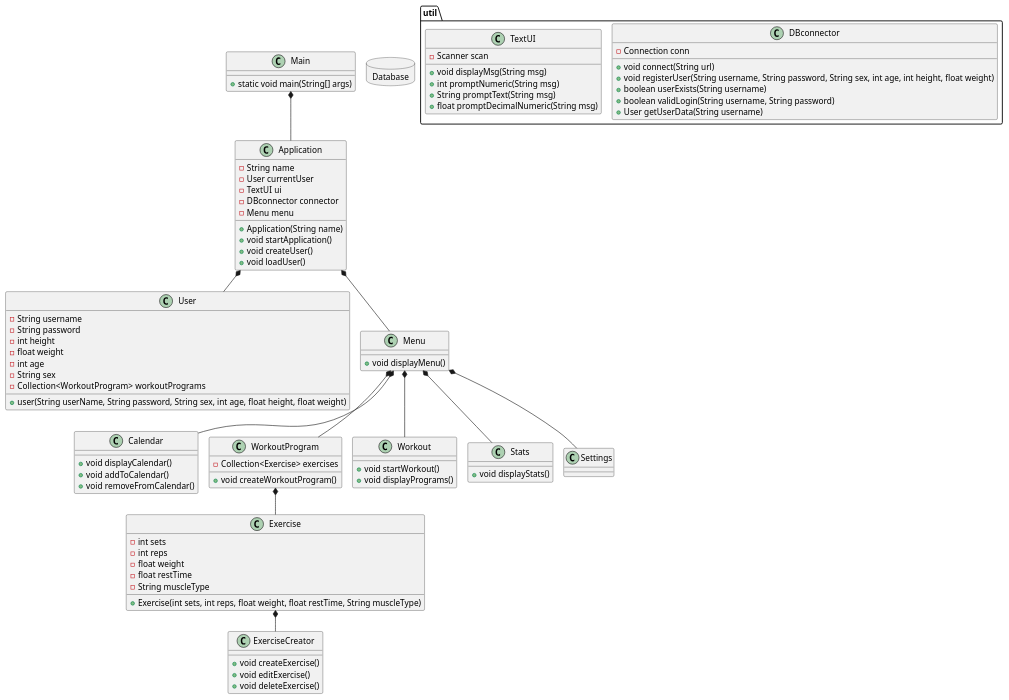
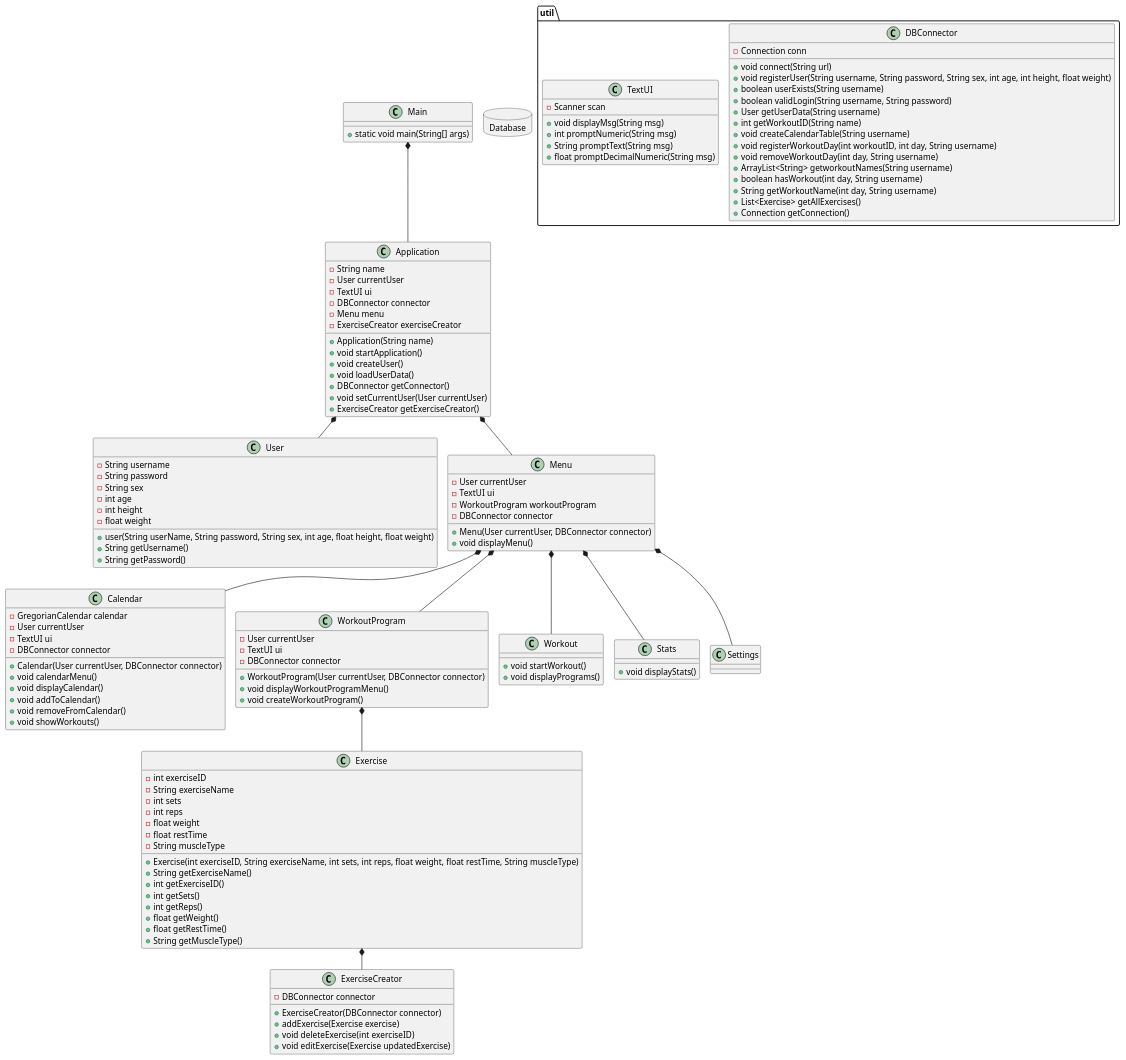
The diagram in doc/ClassDiagram.puml (emil2112/ICE-gruppe-D), drawn with PlantUML before and after one commit. The commit also changed 5 other files, not shown here.

Commit message:
Updated classDiagram

```diff
--- a/doc/ClassDiagram.puml
+++ b/doc/ClassDiagram.puml
@@ -1,103 +1,144 @@
 @startuml
 !pragma layout smetana
 
 class Main{
    +static void main(String[] args)
 }
 
 database Database{
 }
 
 package "util"{
-class DBconnector{
+class DBConnector{
 -Connection conn
 +void connect(String url)
 +void registerUser(String username, String password, String sex, int age, int height, float weight)
 +boolean userExists(String username)
 +boolean validLogin(String username, String password)
 +User getUserData(String username)
-
++int getWorkoutID(String name)
++void createCalendarTable(String username)
++void registerWorkoutDay(int workoutID, int day, String username)
++void removeWorkoutDay(int day, String username)
++ArrayList<String> getworkoutNames(String username)
++boolean hasWorkout(int day, String username)
++String getWorkoutName(int day, String username)
++List<Exercise> getAllExercises()
++Connection getConnection()
 }
 
 class TextUI{
 -Scanner scan
 +void displayMsg(String msg)
 +int promptNumeric(String msg)
 +String promptText(String msg)
 +float promptDecimalNumeric(String msg)
 }
 }
 class Application{
 -String name
 -User currentUser
 -TextUI ui
--DBconnector connector
+-DBConnector connector
 -Menu menu
+-ExerciseCreator exerciseCreator
 
 +Application(String name)
 +void startApplication()
 +void createUser()
-+void loadUser()
++void loadUserData()
++DBConnector getConnector()
++void setCurrentUser(User currentUser)
++ExerciseCreator getExerciseCreator()
 }
 
 class User{
 -String username
 -String password
+-String sex
+-int age
 -int height
 -float weight
--int age
--String sex
+
 +user(String userName, String password, String sex, int age, float height, float weight)
--Collection<WorkoutProgram> workoutPrograms
++String getUsername()
++String getPassword()
 }
 
 class Menu{
+-User currentUser
+-TextUI ui
+-WorkoutProgram workoutProgram
+-DBConnector connector
++Menu(User currentUser, DBConnector connector)
 +void displayMenu()
 }
 
 class Calendar{
+-GregorianCalendar calendar
+-User currentUser
+-TextUI ui
+-DBConnector connector
++Calendar(User currentUser, DBConnector connector)
++void calendarMenu()
 +void displayCalendar()
 +void addToCalendar()
 +void removeFromCalendar()
++void showWorkouts()
 }
 
 class WorkoutProgram{
--Collection<Exercise> exercises
+-User currentUser
+-TextUI ui
+-DBConnector connector
++WorkoutProgram(User currentUser, DBConnector connector)
++void displayWorkoutProgramMenu()
 +void createWorkoutProgram()
 }
 
 class Workout{
 +void startWorkout()
 +void displayPrograms()
 }
 
 class Stats{
 +void displayStats()
 }
 
 class Exercise{
+-int exerciseID
+-String exerciseName
 -int sets
 -int reps
 -float weight
 -float restTime
 -String muscleType
-+Exercise(int sets, int reps, float weight, float restTime, String muscleType)
++Exercise(int exerciseID, String exerciseName, int sets, int reps, float weight, float restTime, String muscleType)
++String getExerciseName()
++int getExerciseID()
++int getSets()
++int getReps()
++float getWeight()
++float getRestTime()
++String getMuscleType()
 }
 
 class ExerciseCreator{
-+void createExercise()
-+void editExercise()
-+void deleteExercise()
+-DBConnector connector
++ExerciseCreator(DBConnector connector)
++addExercise(Exercise exercise)
++void deleteExercise(int exerciseID)
++void editExercise(Exercise updatedExercise)
 }
 
 Main *-- Application
 Application *-- User
 Application *-- Menu
 Menu *-- Workout
 Menu *-- WorkoutProgram
 Menu *-- Stats
 Menu *-- Calendar
 Menu *-- Settings
 WorkoutProgram *-- Exercise
 Exercise *-- ExerciseCreator
 @enduml
```
